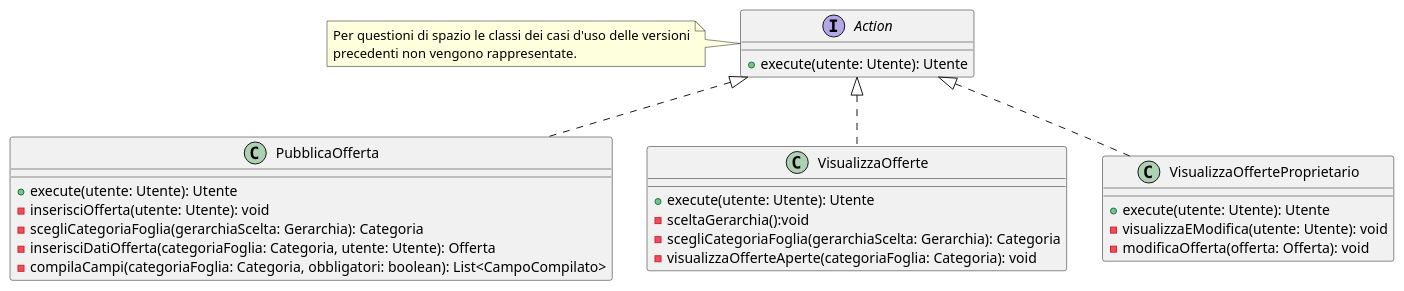
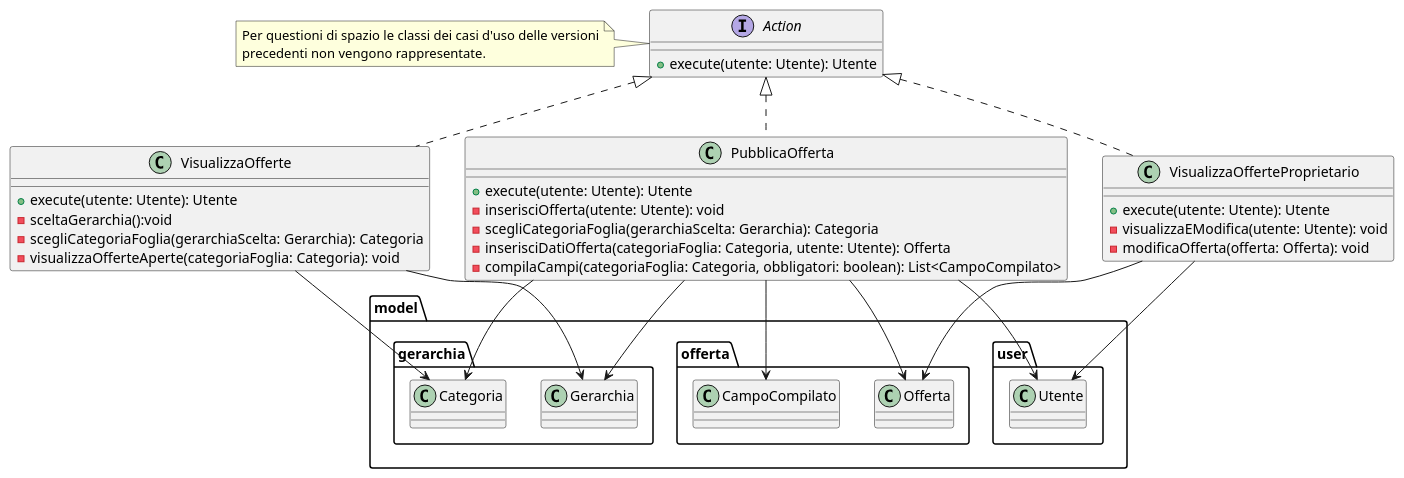
One commit to bernagit/IngegneriaSoftware changed the diagram in Documentation/Ver3/controller.puml. Above: the diagram before and after it, drawn with PlantUML. The commit also changed 21 other files, not shown here.

```diff
--- a/Documentation/Ver3/controller.puml
+++ b/Documentation/Ver3/controller.puml
@@ -1,33 +1,44 @@
 @startuml controller
 
 interface Action{
     +execute(utente: Utente): Utente
 }
 
 note left of Action
     Per questioni di spazio le classi dei casi d'uso delle versioni
     precedenti non vengono rappresentate.
 endnote
 
 class PubblicaOfferta implements Action{
     +execute(utente: Utente): Utente
     -inserisciOfferta(utente: Utente): void
     -scegliCategoriaFoglia(gerarchiaScelta: Gerarchia): Categoria
     -inserisciDatiOfferta(categoriaFoglia: Categoria, utente: Utente): Offerta
     -compilaCampi(categoriaFoglia: Categoria, obbligatori: boolean): List<CampoCompilato>
 }
 
 class VisualizzaOfferte implements Action{
     +execute(utente: Utente): Utente
     -sceltaGerarchia():void
     -scegliCategoriaFoglia(gerarchiaScelta: Gerarchia): Categoria
     -visualizzaOfferteAperte(categoriaFoglia: Categoria): void
 }
 
 class VisualizzaOfferteProprietario implements Action{
     +execute(utente: Utente): Utente
     -visualizzaEModifica(utente: Utente): void
     -modificaOfferta(offerta: Offerta): void
 }
 
+PubblicaOfferta --> model.offerta.Offerta
+PubblicaOfferta --> model.gerarchia.Categoria
+PubblicaOfferta --> model.gerarchia.Gerarchia
+PubblicaOfferta --> model.user.Utente
+PubblicaOfferta --> model.offerta.CampoCompilato
+VisualizzaOfferteProprietario --> model.offerta.Offerta
+VisualizzaOfferteProprietario --> model.user.Utente
+VisualizzaOfferte --> model.gerarchia.Categoria
+VisualizzaOfferte --> model.gerarchia.Gerarchia
+
+
 @enduml
```
